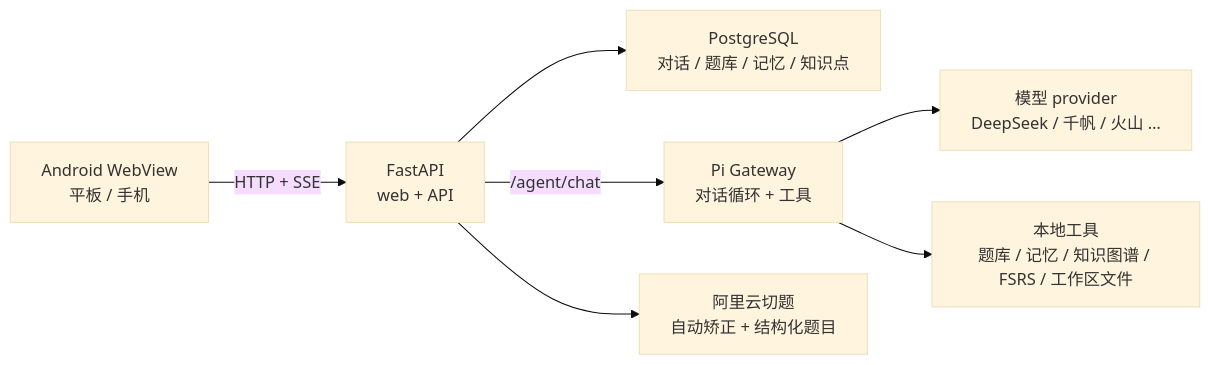
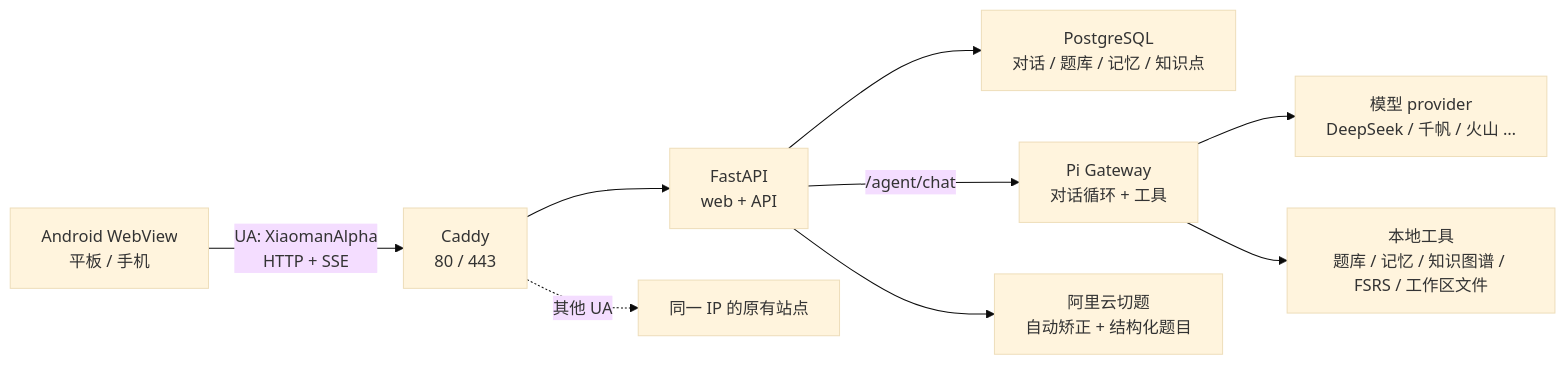
Before and after one commit to cyychenyiyicyy/xiaoman: the diagram in README.md, drawn with Mermaid (base theme). The commit also changed other lines of this file and 19 other files, not shown here.

````diff
--- a/README.md
+++ b/README.md
@@ -72,9 +75,11 @@
 ```mermaid
 flowchart LR
-  A["Android WebView<br/>平板 / 手机"] -->|HTTP + SSE| B["FastAPI<br/>web + API"]
+  A["Android WebView<br/>平板 / 手机"] -->|UA: XiaomanAlpha<br/>HTTP + SSE| H["Caddy<br/>80 / 443"]
+  H --> B["FastAPI<br/>web + API"]
+  H -. 其他 UA .-> I["同一 IP 的原有站点"]
   B --> C["PostgreSQL<br/>对话 / 题库 / 记忆 / 知识点"]
   B -->|/agent/chat| D["Pi Gateway<br/>对话循环 + 工具"]
   D --> E["模型 provider<br/>DeepSeek / 千帆 / 火山 …"]
   D --> F["本地工具<br/>题库 / 记忆 / 知识图谱 / FSRS / 工作区文件"]
   B --> G["阿里云切题<br/>自动矫正 + 结构化题目"]
 ```
````
